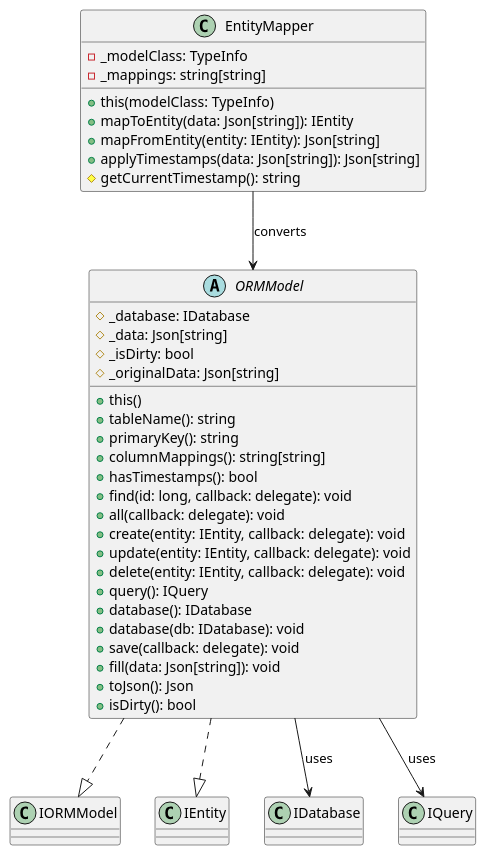
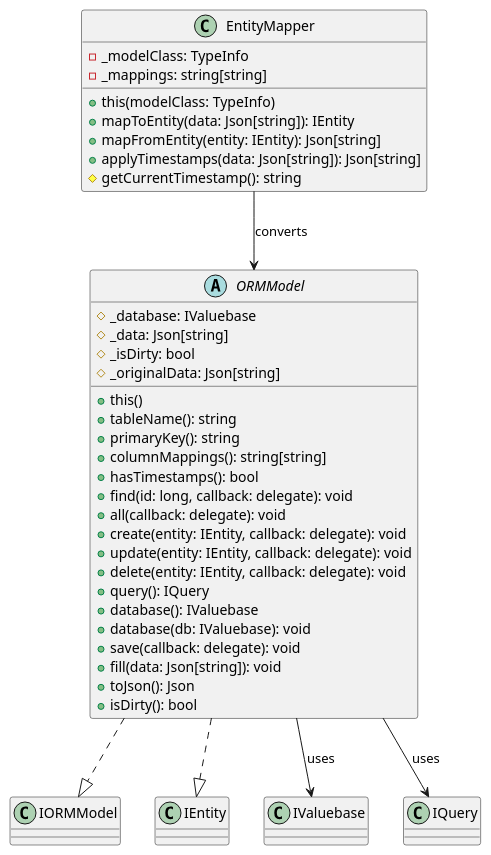
The fourth of 9 diagrams in orm/UML.md (UIMSolutions/uim-framework), drawn with PlantUML before and after one commit. The commit also changed other lines of this file and 29 other files, not shown here.

Commit message:
Refactor database and ORM interfaces to replace IDatabase with IValuebase for improved consistency and type safety

````diff
--- a/orm/UML.md
+++ b/orm/UML.md
@@ -185,47 +185,47 @@
 ```plantuml
 @startuml ORM_ModelMapping
 
 abstract class ORMModel {
-  # _database: IDatabase
+  # _database: IValuebase
   # _data: Json[string]
   # _isDirty: bool
   # _originalData: Json[string]
   
   + this()
   + tableName(): string
   + primaryKey(): string
   + columnMappings(): string[string]
   + hasTimestamps(): bool
   + find(id: long, callback: delegate): void
   + all(callback: delegate): void
   + create(entity: IEntity, callback: delegate): void
   + update(entity: IEntity, callback: delegate): void
   + delete(entity: IEntity, callback: delegate): void
   + query(): IQuery
-  + database(): IDatabase
-  + database(db: IDatabase): void
+  + database(): IValuebase
+  + database(db: IValuebase): void
   + save(callback: delegate): void
   + fill(data: Json[string]): void
   + toJson(): Json
   + isDirty(): bool
 }
 
 class EntityMapper {
   - _modelClass: TypeInfo
   - _mappings: string[string]
   
   + this(modelClass: TypeInfo)
   + mapToEntity(data: Json[string]): IEntity
   + mapFromEntity(entity: IEntity): Json[string]
   + applyTimestamps(data: Json[string]): Json[string]
   # getCurrentTimestamp(): string
 }
 
 ORMModel ..|> IORMModel
 ORMModel ..|> IEntity
-ORMModel --> IDatabase : uses
+ORMModel --> IValuebase : uses
 ORMModel --> IQuery : uses
 EntityMapper --> ORMModel : converts
 
 @enduml
 ```
````
